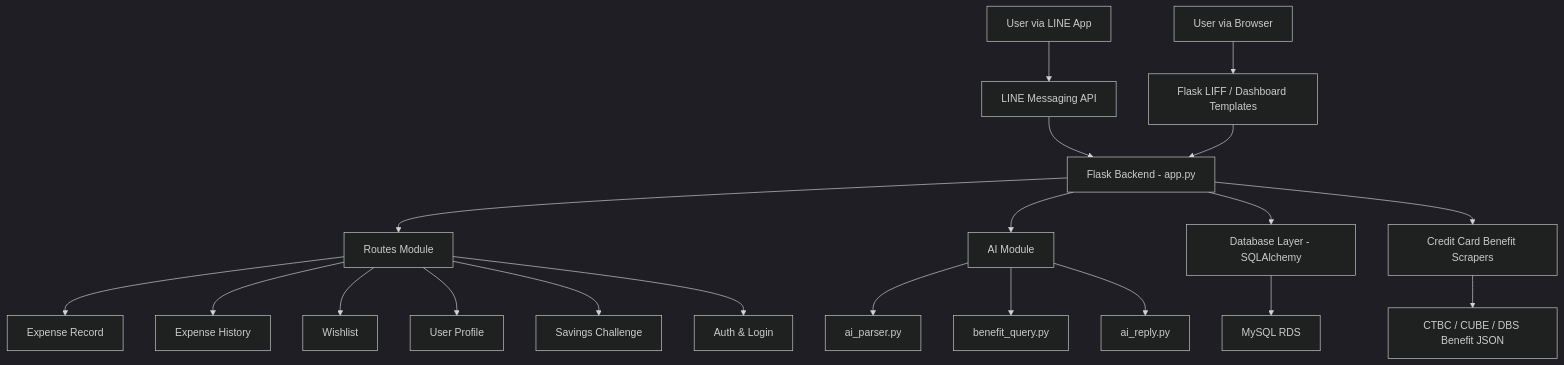
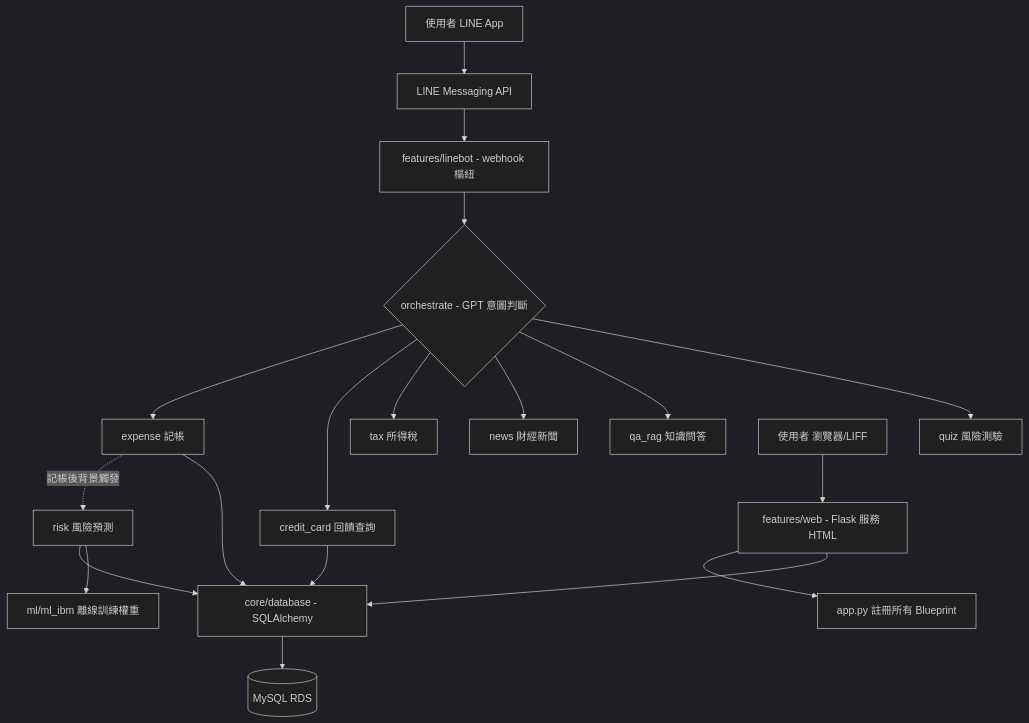
The first of 2 diagrams in README.md (lwc-ed/financial-agent), drawn with Mermaid (dark theme) before and after one commit. The commit also changed other lines of this file and 147 other files, not shown here.

````diff
--- a/README.md
+++ b/README.md
@@ -26,28 +13,22 @@
 ```mermaid
 graph TD
 
-A[User via LINE App] --> B[LINE Messaging API]
-B --> C[Flask Backend - app.py]
+A[使用者 LINE App] --> B[LINE Messaging API]
+B --> LB[features/linebot - webhook 樞紐]
+LB --> ORC{orchestrate - GPT 意圖判斷}
 
-C --> C1[Routes Module]
-C --> C2[AI Module]
-C --> C3[Database Layer - SQLAlchemy]
-C --> C4[Credit Card Benefit Scrapers]
+ORC --> F1[expense 記帳]
+ORC --> F2[credit_card 回饋查詢]
+ORC --> F3[tax 所得稅]
+ORC --> F4[news 財經新聞]
+ORC --> F5[qa_rag 知識問答]
+ORC --> F6[quiz 風險測驗]
+F1 -.記帳後背景觸發.-> F7[risk 風險預測]
 
-C1 --> D1[Expense Record]
-C1 --> D2[Expense History]
-C1 --> D3[Wishlist]
-C1 --> D4[User Profile]
-C1 --> D5[Savings Challenge]
-C1 --> D6[Auth & Login]
+User2[使用者 瀏覽器/LIFF] --> WEB[features/web - Flask 服務 HTML]
+WEB --> APP[app.py 註冊所有 Blueprint]
 
-C2 --> E1[ai_parser.py]
-C2 --> E2[benefit_query.py]
-C2 --> E3[ai_reply.py]
-
-C3 --> F[MySQL RDS]
-C4 --> G[CTBC / CUBE / DBS Benefit JSON]
-
-User2[User via Browser] --> LIFF[Flask LIFF / Dashboard Templates]
-LIFF --> C
+F1 & F2 & F7 & WEB --> CORE[core/database - SQLAlchemy]
+CORE --> DB[(MySQL RDS)]
+F7 --> WT[ml/ml_ibm 離線訓練權重]
 ```
````
